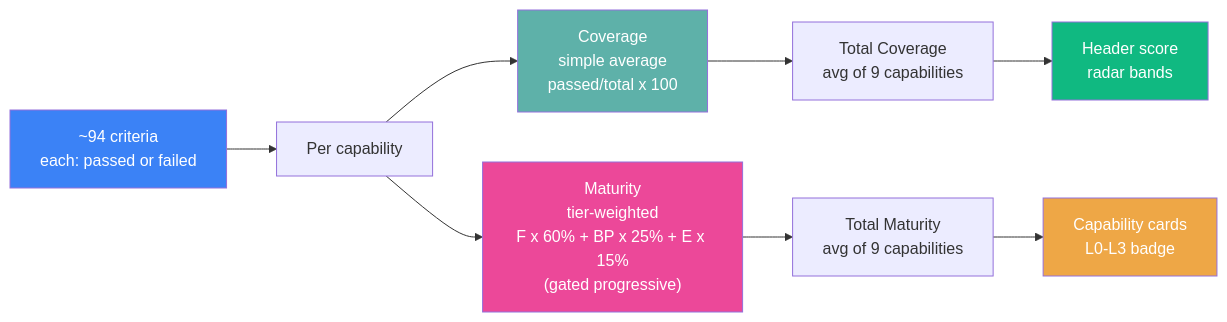
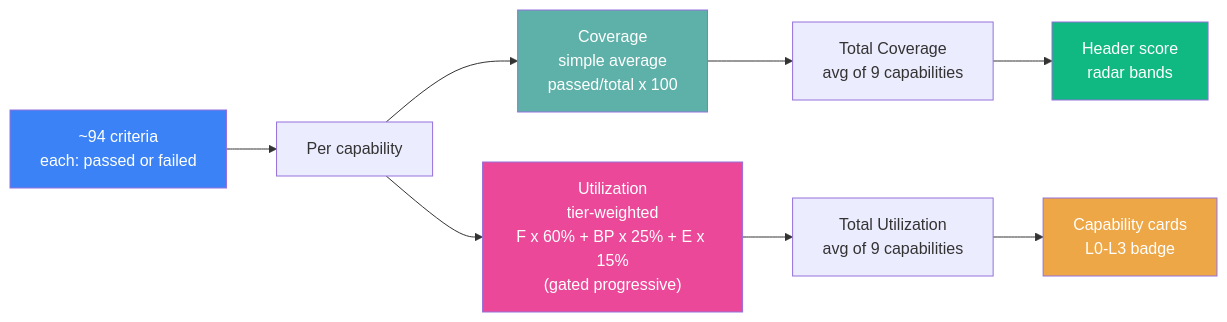
Before and after one commit to mbdccoletta/Pulse-Assessment-App: diagram 14 of 14 in docs/SCORING-CALCULATIONS.md, drawn with Mermaid. The commit also changed other lines of this file and 11 other files, not shown here.

````diff
--- a/docs/SCORING-CALCULATIONS.md
+++ b/docs/SCORING-CALCULATIONS.md
@@ -466,19 +466,19 @@
 ```mermaid
 flowchart LR
     A[~94 criteria<br/>each: passed or failed] --> B[Per capability]
 
     B --> C["Coverage<br/>simple average<br/>passed/total x 100"]
-    B --> D["Maturity<br/>tier-weighted<br/>F x 60% + BP x 25% + E x 15%<br/>(gated progressive)"]
+    B --> D["Utilization<br/>tier-weighted<br/>F x 60% + BP x 25% + E x 15%<br/>(gated progressive)"]
 
     C --> E[Total Coverage<br/>avg of 9 capabilities]
-    D --> F[Total Maturity<br/>avg of 9 capabilities]
+    D --> F[Total Utilization<br/>avg of 9 capabilities]
 
     E --> G[Header score<br/>radar bands]
     F --> H[Capability cards<br/>L0-L3 badge]
 
     style A fill:#3B82F6,color:#fff
     style C fill:#5EB1A9,color:#fff
     style D fill:#EC4899,color:#fff
     style G fill:#10B981,color:#fff
     style H fill:#EEA746,color:#fff
 ```
````
